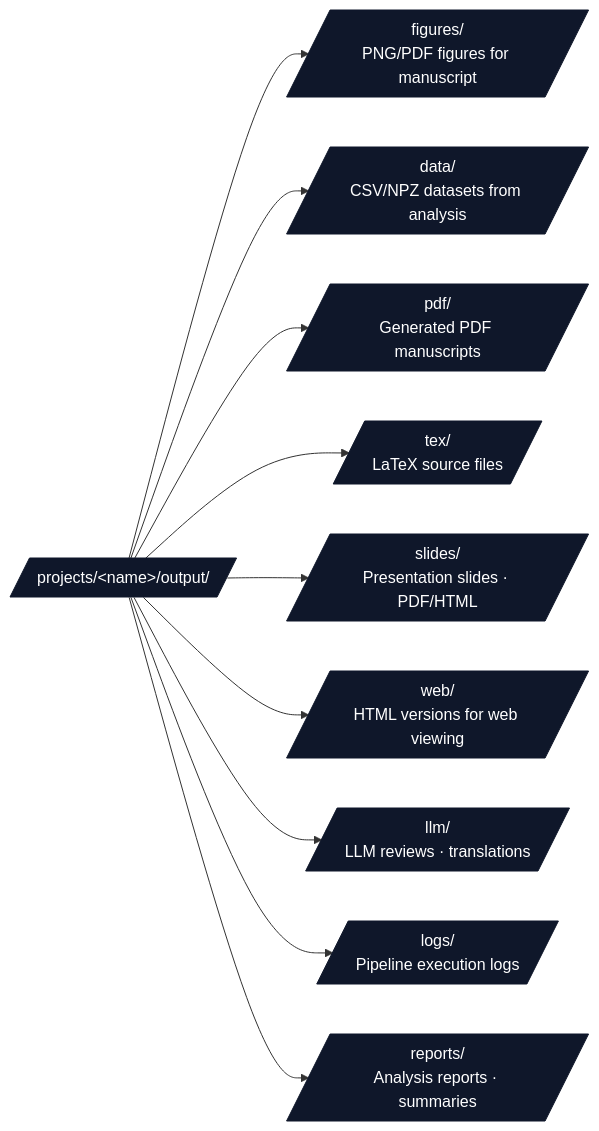
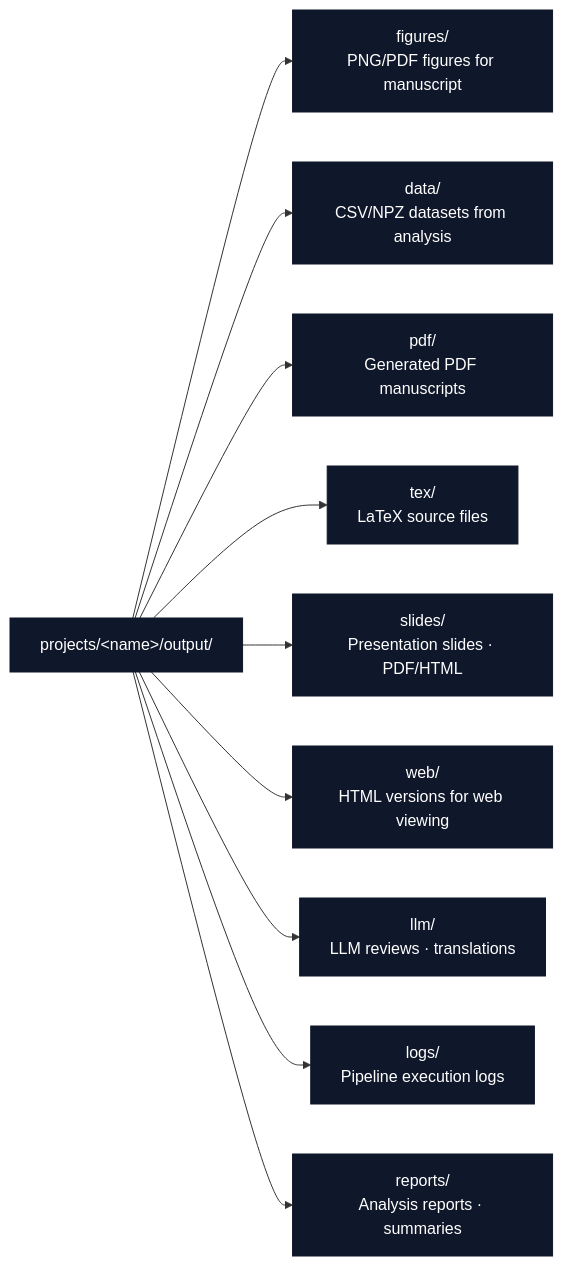
Before and after one commit to docxology/template: the sixth of 7 diagrams in projects/AGENTS.md, drawn with Mermaid. The commit also changed other lines of this file and 94 other files, not shown here.

````diff
--- a/projects/AGENTS.md
+++ b/projects/AGENTS.md
@@ -547,16 +547,16 @@
 ```mermaid
 flowchart LR
-    OUT[/projects/&lt;name&gt;/output//]
-    OUT --> FIG[/figures/<br/>PNG/PDF figures for manuscript/]
-    OUT --> DATA[/data/<br/>CSV/NPZ datasets from analysis/]
-    OUT --> PDF[/pdf/<br/>Generated PDF manuscripts/]
-    OUT --> TEX[/tex/<br/>LaTeX source files/]
-    OUT --> SLIDES[/slides/<br/>Presentation slides · PDF/HTML/]
-    OUT --> WEB[/web/<br/>HTML versions for web viewing/]
-    OUT --> LLM[/llm/<br/>LLM reviews · translations/]
-    OUT --> LOG[/logs/<br/>Pipeline execution logs/]
-    OUT --> REP[/reports/<br/>Analysis reports · summaries/]
+    OUT[projects/&lt;name&gt;/output/]
+    OUT --> FIG[figures/<br/>PNG/PDF figures for manuscript]
+    OUT --> DATA[data/<br/>CSV/NPZ datasets from analysis]
+    OUT --> PDF[pdf/<br/>Generated PDF manuscripts]
+    OUT --> TEX[tex/<br/>LaTeX source files]
+    OUT --> SLIDES[slides/<br/>Presentation slides · PDF/HTML]
+    OUT --> WEB[web/<br/>HTML versions for web viewing]
+    OUT --> LLM[llm/<br/>LLM reviews · translations]
+    OUT --> LOG[logs/<br/>Pipeline execution logs]
+    OUT --> REP[reports/<br/>Analysis reports · summaries]
 
     classDef d fill:#0f172a,stroke:#0f172a,color:#fff
     class OUT,FIG,DATA,PDF,TEX,SLIDES,WEB,LLM,LOG,REP d
 ```
````
